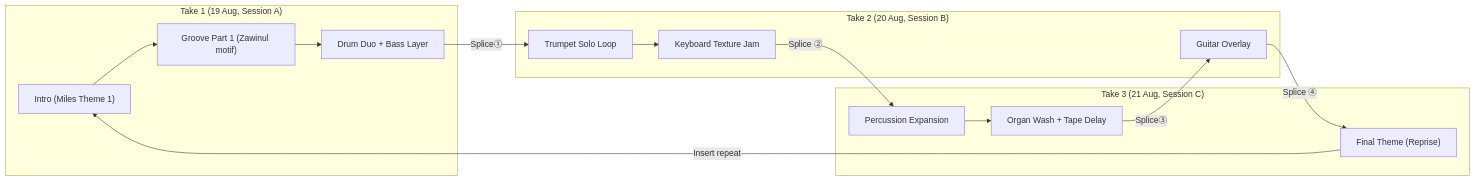
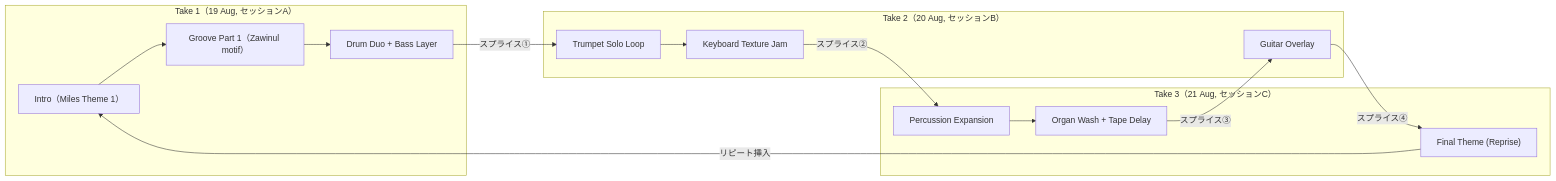
Before and after one commit to monumental-movement/monumental-movement.github.io: the eighth of 12 diagrams in en/_posts/2025-10-28-column-macero-miles.md, drawn with Mermaid. The commit also changed other lines of this file and 211 other files, not shown here.

```diff
--- a/en/_posts/2025-10-28-column-macero-miles.md
+++ b/en/_posts/2025-10-28-column-macero-miles.md
@@ -350,29 +350,29 @@
 <div class="mermaid">
 
 flowchart LR
-subgraph SessionA["Take 1 (19 Aug, Session A)"]
-A1["Intro (Miles Theme 1)"]
-A2["Groove Part 1 (Zawinul motif)"]
-A3["Drum Duo + Bass Layer"]
-end
-subgraph SessionB["Take 2 (20 Aug, Session B)"]
-B1["Trumpet Solo Loop"]
-B2["Keyboard Texture Jam"]
-B3["Guitar Overlay"]
-end
-subgraph SessionC["Take 3 (21 Aug, Session C)"]
-C1["Percussion Expansion"]
-C2["Organ Wash + Tape Delay"]
-C3["Final Theme (Reprise)"]
-end
+    subgraph SessionA["Take 1（19 Aug, セッションA）"]
+        A1["Intro（Miles Theme 1）"]
+        A2["Groove Part 1（Zawinul motif）"]
+        A3["Drum Duo + Bass Layer"]
+    end
+    subgraph SessionB["Take 2（20 Aug, セッションB）"]
+        B1["Trumpet Solo Loop"]
+        B2["Keyboard Texture Jam"]
+        B3["Guitar Overlay"]
+    end
+    subgraph SessionC["Take 3（21 Aug, セッションC）"]
+        C1["Percussion Expansion"]
+        C2["Organ Wash + Tape Delay"]
+        C3["Final Theme (Reprise)"]
+    end
 
-A1 --> A2 --> A3
-A3 -->|Splice①| B1
-B1 --> B2 -->|Splice ②| C1
-C1 --> C2 -->|Splice③| B3
-B3 -->|Splice ④| C3
-C3 -->|Insert repeat| A1
+    A1 --> A2 --> A3
+    A3 -->|スプライス①| B1
+    B1 --> B2 -->|スプライス②| C1
+    C1 --> C2 -->|スプライス③| B3
+    B3 -->|スプライス④| C3
+    C3 -->|リピート挿入| A1
 
-click A1 "https://en.wikipedia.org/wiki/Bitches_Brew" "Source: Bitches Brew session notes"
+    click A1 "https://en.wikipedia.org/wiki/Bitches_Brew" "Source: Bitches Brew session notes"
 
 </div>
```
